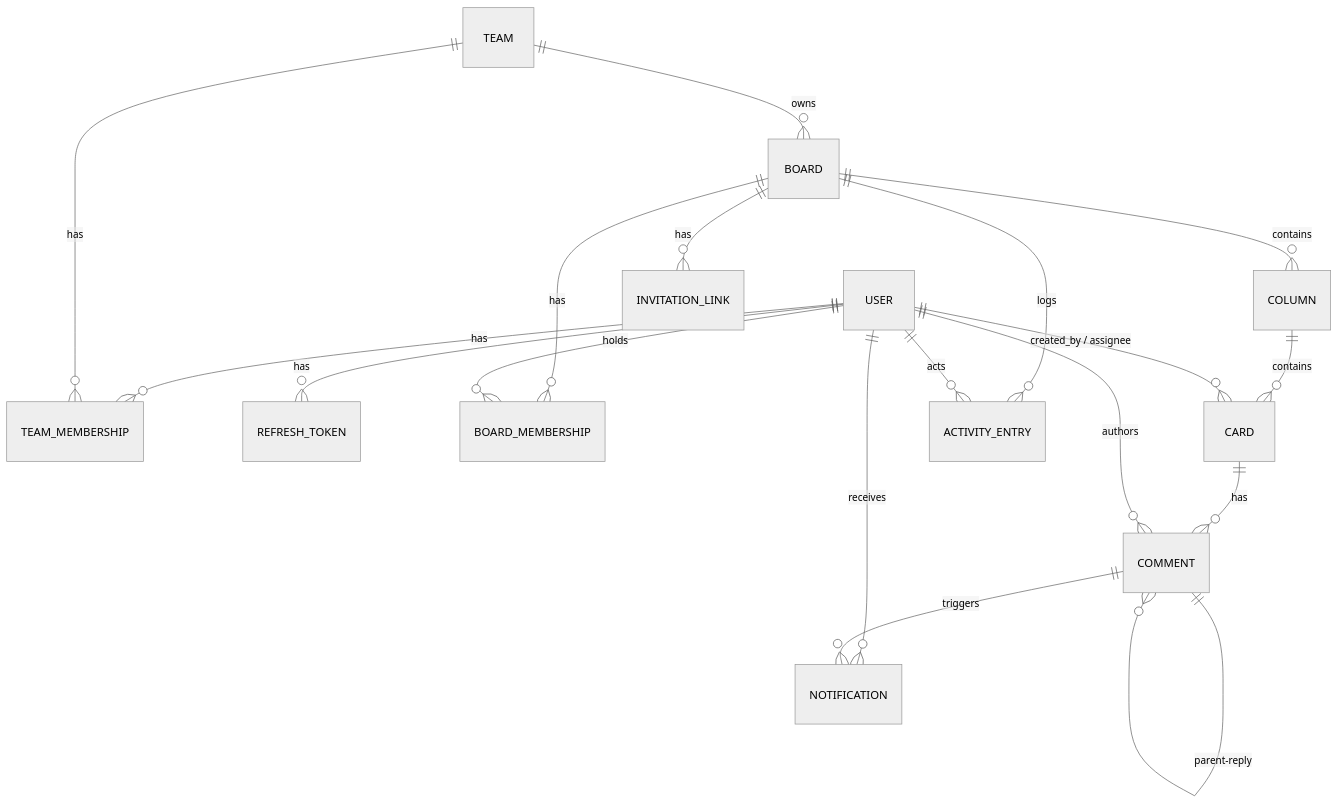
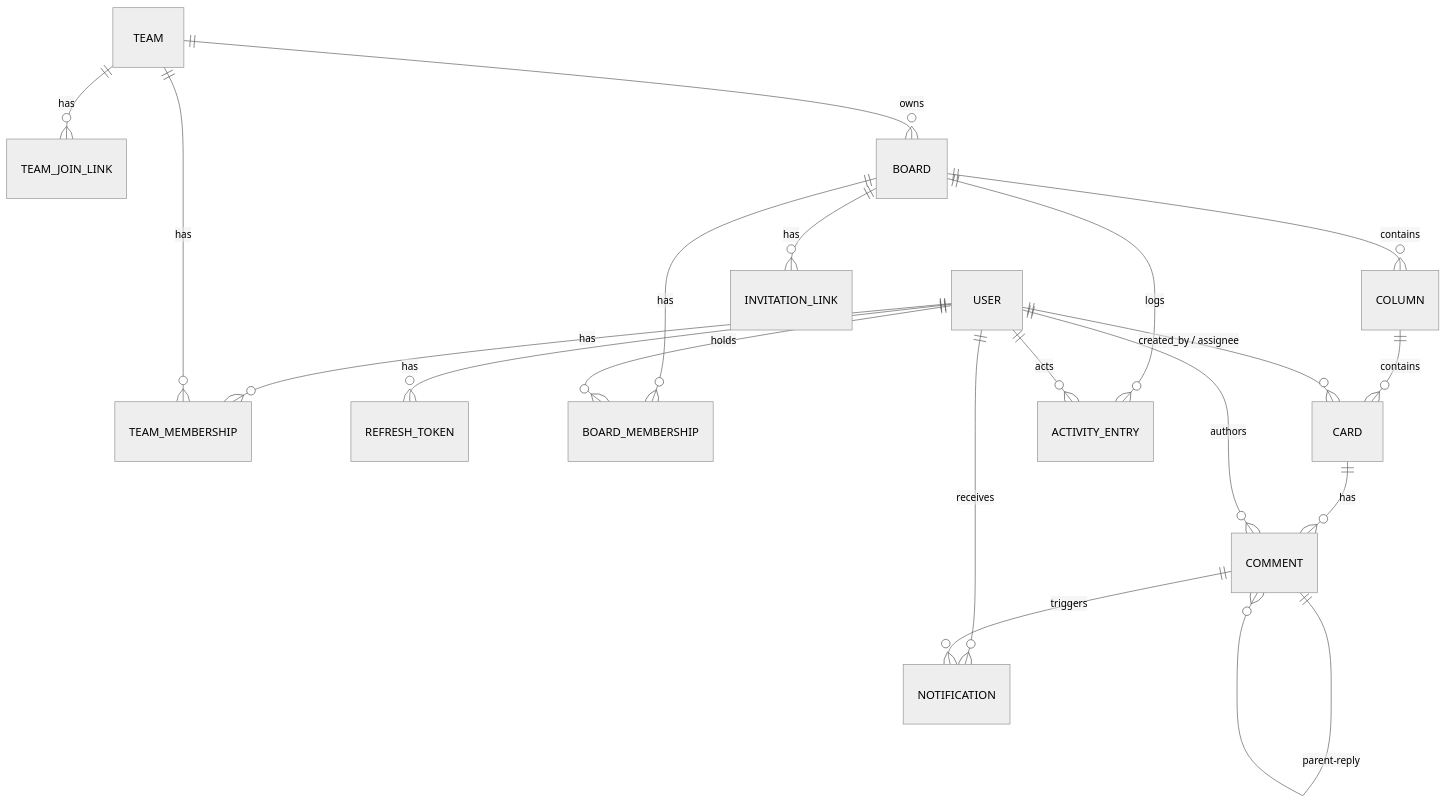
The third of 3 diagrams in .kiro/specs/task-management-app/design.md (Revou-FSSE-Jun26/module-4-FarrasAF), drawn with Mermaid (neutral theme) before and after one commit. The commit also changed other lines of this file and 4 other files, not shown here.

````diff
--- a/.kiro/specs/task-management-app/design.md
+++ b/.kiro/specs/task-management-app/design.md
@@ -166,20 +193,21 @@
 ```mermaid
 erDiagram
     USER ||--o{ TEAM_MEMBERSHIP : has
     USER ||--o{ REFRESH_TOKEN : has
     TEAM ||--o{ TEAM_MEMBERSHIP : has
+    TEAM ||--o{ TEAM_JOIN_LINK : has
     TEAM ||--o{ BOARD : owns
     BOARD ||--o{ COLUMN : contains
     BOARD ||--o{ BOARD_MEMBERSHIP : has
     USER ||--o{ BOARD_MEMBERSHIP : holds
     BOARD ||--o{ INVITATION_LINK : has
     COLUMN ||--o{ CARD : contains
     USER ||--o{ CARD : "created_by / assignee"
     CARD ||--o{ COMMENT : has
     COMMENT ||--o{ COMMENT : "parent-reply"
     USER ||--o{ COMMENT : authors
     USER ||--o{ NOTIFICATION : receives
     COMMENT ||--o{ NOTIFICATION : triggers
     BOARD ||--o{ ACTIVITY_ENTRY : logs
     USER ||--o{ ACTIVITY_ENTRY : acts
 ```
````
